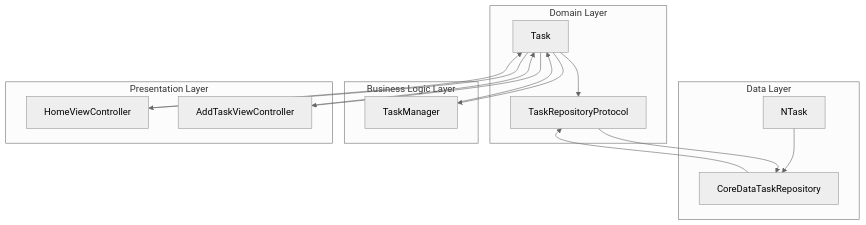
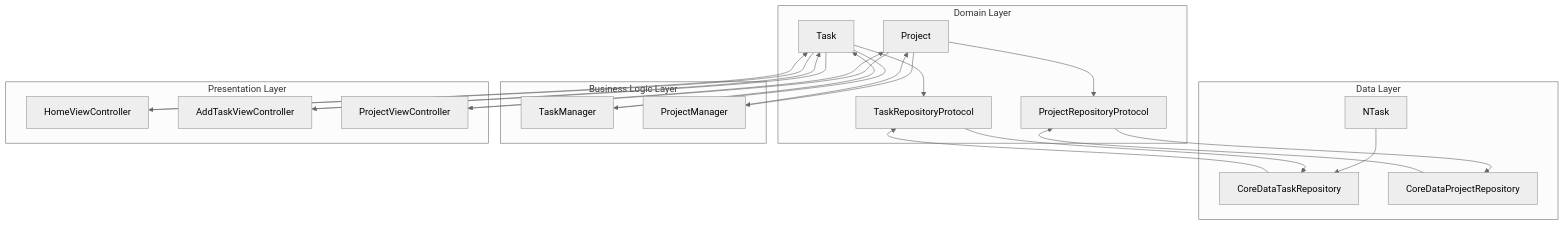
The fourth of 4 diagrams in .qoder/repowiki/en/content/Domain Layer.md (Saransh-Sharma/Tasker), drawn with Mermaid (neutral theme) before and after one commit. The commit also changed other lines of this file and 18 other files, not shown here.

````diff
--- a/.qoder/repowiki/en/content/Domain Layer.md
+++ b/.qoder/repowiki/en/content/Domain Layer.md
@@ -102,21 +152,28 @@
 ```mermaid
 graph TD
 subgraph "Domain Layer"
 A[Task] --> B[TaskRepositoryProtocol]
+G[Project] --> H[ProjectRepositoryProtocol]
 end
 subgraph "Data Layer"
 C[CoreDataTaskRepository] --> B
 D[NTask] --> C
+I[CoreDataProjectRepository] --> H
 end
 subgraph "Business Logic Layer"
 E[TaskManager] --> A
+J[ProjectManager] --> G
 end
 subgraph "Presentation Layer"
 F[HomeViewController] --> A
-G[AddTaskViewController] --> A
+K[AddTaskViewController] --> A
+L[ProjectViewController] --> G
 end
 B --> C
+H --> I
 A --> E
 A --> F
-A --> G
+A --> K
+G --> J
+G --> L
 ```
````
